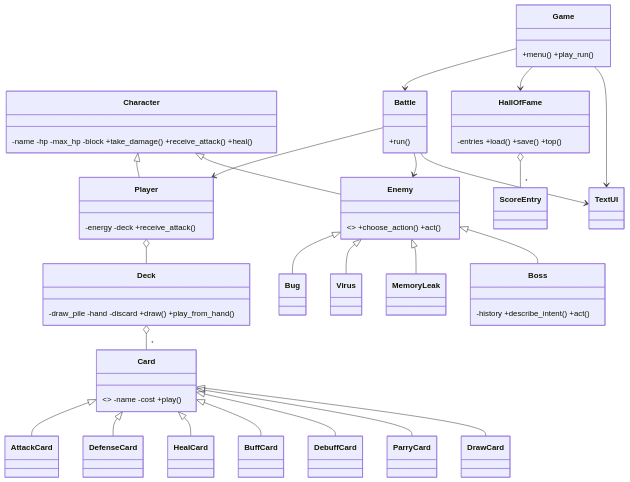
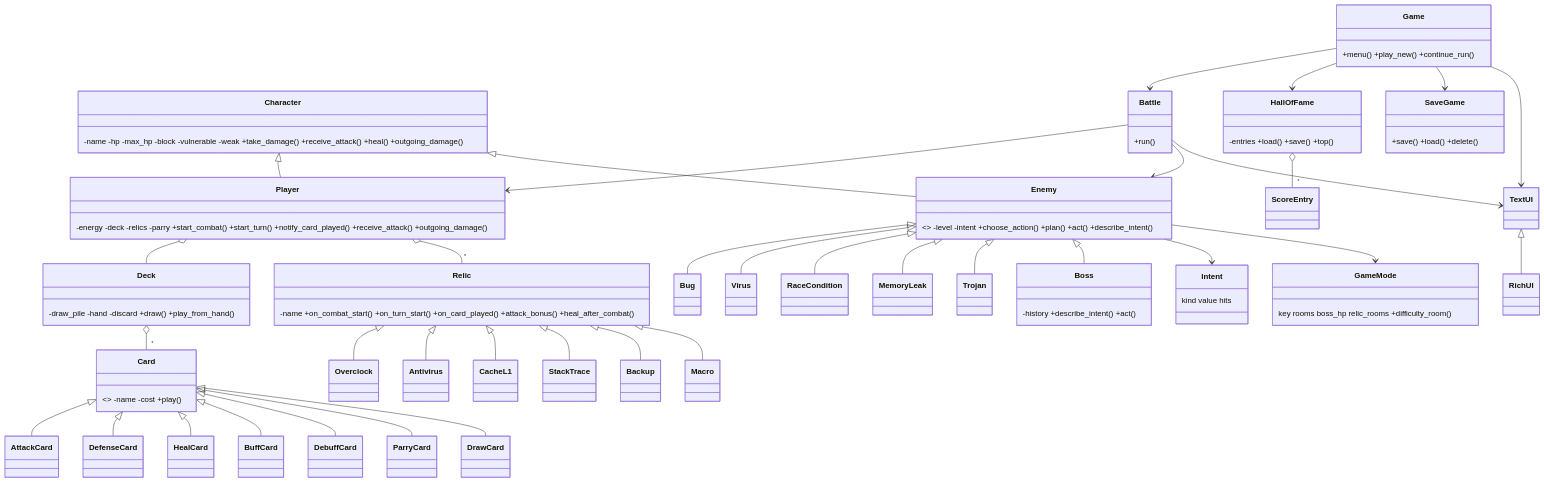
One commit to Dinozin1/Backend-Dungens changed the diagram in README.md. Above: the diagram before and after it, drawn with Mermaid. The commit also changed other lines of this file and 38 other files, not shown here.

````diff
--- a/README.md
+++ b/README.md
@@ -44,46 +81,72 @@
 ```mermaid
 classDiagram
-    class Character { -name -hp -max_hp -block +take_damage() +receive_attack() +heal() }
-    class Player { -energy -deck +receive_attack() }
-    class Enemy { <<abstract>> +choose_action() +act() }
+    class Character { -name -hp -max_hp -block -vulnerable -weak +take_damage() +receive_attack() +heal() +outgoing_damage() }
+    class Player { -energy -deck -relics -parry +start_combat() +start_turn() +notify_card_played() +receive_attack() +outgoing_damage() }
+    class Enemy { <<abstract>> -level -intent +choose_action() +plan() +act() +describe_intent() }
     class Bug
     class Virus
+    class RaceCondition
     class MemoryLeak
+    class Trojan
     class Boss { -history +describe_intent() +act() }
+    class Intent { kind value hits }
     class Card { <<abstract>> -name -cost +play() }
     class AttackCard
     class DefenseCard
     class HealCard
     class BuffCard
     class DebuffCard
     class ParryCard
     class DrawCard
+    class Relic { -name +on_combat_start() +on_turn_start() +on_card_played() +attack_bonus() +heal_after_combat() }
+    class Overclock
+    class Antivirus
+    class CacheL1
+    class StackTrace
+    class Backup
+    class Macro
     class Deck { -draw_pile -hand -discard +draw() +play_from_hand() }
+    class GameMode { key rooms boss_hp relic_rooms +difficulty_room() }
     class Battle { +run() }
-    class Game { +menu() +play_run() }
+    class Game { +menu() +play_new() +continue_run() }
     class HallOfFame { -entries +load() +save() +top() }
     class ScoreEntry
+    class SaveGame { +save() +load() +delete() }
     class TextUI
+    class RichUI
     Character <|-- Player
     Character <|-- Enemy
     Enemy <|-- Bug
     Enemy <|-- Virus
+    Enemy <|-- RaceCondition
     Enemy <|-- MemoryLeak
+    Enemy <|-- Trojan
     Enemy <|-- Boss
     Card <|-- AttackCard
     Card <|-- DefenseCard
     Card <|-- HealCard
     Card <|-- BuffCard
     Card <|-- DebuffCard
     Card <|-- ParryCard
     Card <|-- DrawCard
+    Relic <|-- Overclock
+    Relic <|-- Antivirus
+    Relic <|-- CacheL1
+    Relic <|-- StackTrace
+    Relic <|-- Backup
+    Relic <|-- Macro
+    TextUI <|-- RichUI
     Player o-- Deck
+    Player o-- "*" Relic
     Deck o-- "*" Card
+    Enemy --> Intent
+    Enemy --> GameMode
     Game --> Battle
     Game --> HallOfFame
+    Game --> SaveGame
     Game --> TextUI
     HallOfFame o-- "*" ScoreEntry
     Battle --> Player
     Battle --> Enemy
     Battle --> TextUI
 ```
````
